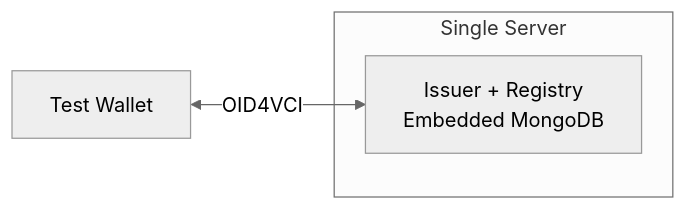
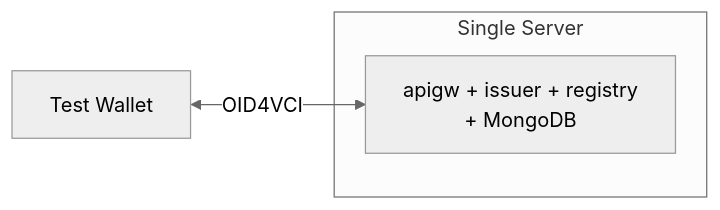
One commit to sirosfoundation/docs changed the ninth of 10 diagrams in docs/sirosid/issuers/concepts.md. Above: the diagram before and after it, drawn with Mermaid (neutral theme). The commit also changed other lines of this file and 15 other files, not shown here.

First line of the commit message:
docs(issuers): fix issuer, operations, registry and reference docs against vc v0.7.23 (#79)

````diff
--- a/docs/sirosid/issuers/concepts.md
+++ b/docs/sirosid/issuers/concepts.md
@@ -470,9 +460,9 @@
 ```mermaid
 flowchart LR
     subgraph "Single Server"
-        All[Issuer + Registry<br/>Embedded MongoDB]
+        All[apigw + issuer + registry<br/>+ MongoDB]
     end
 
     TestWallet[Test Wallet]
     TestWallet <-->|OID4VCI| All
 ```
````
